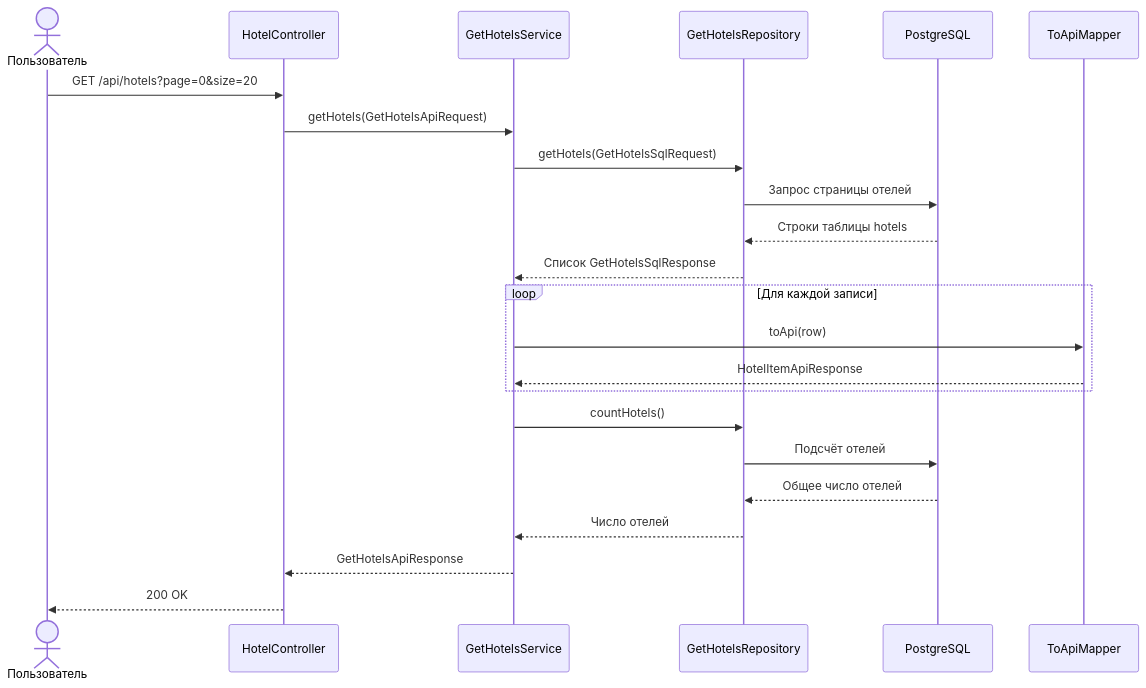
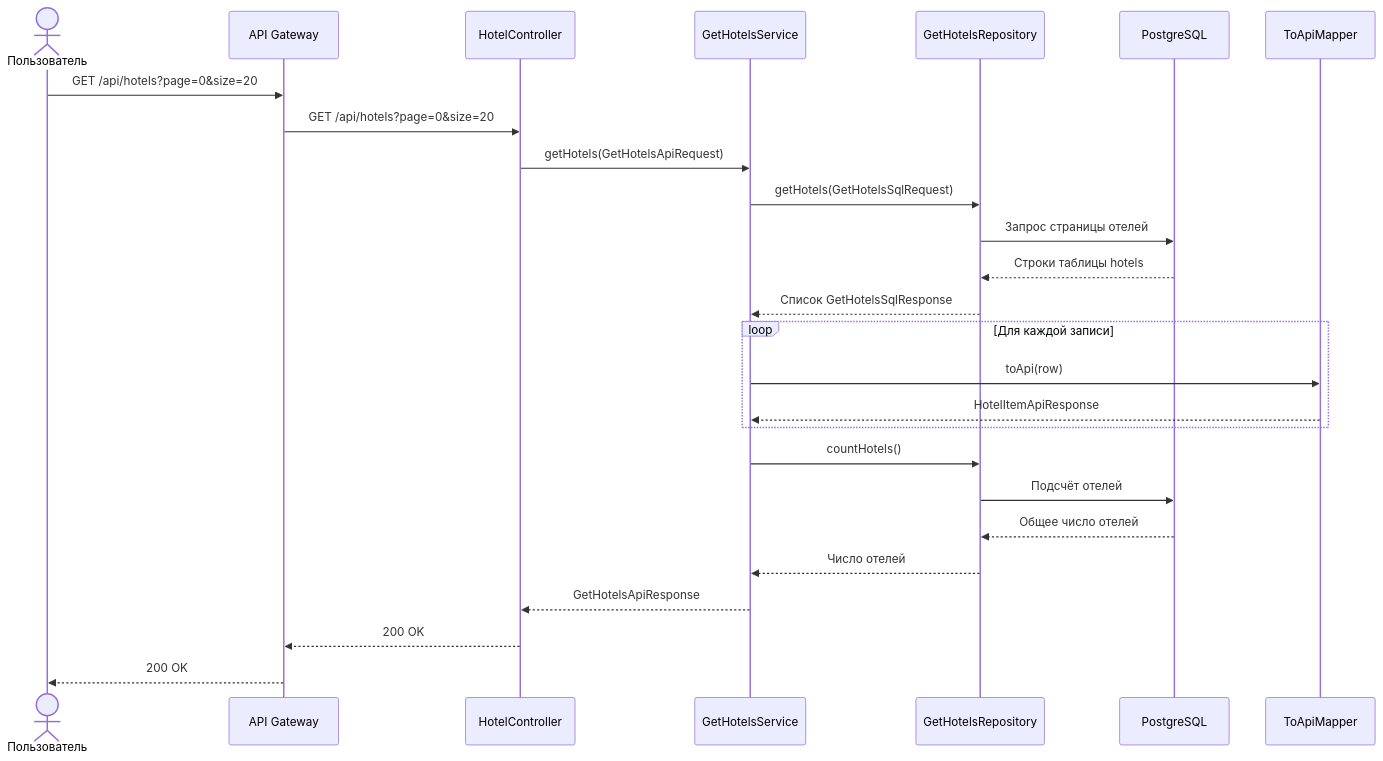
One commit to Dikov-Hotel-Booking-System/hbs-hotel-service changed the diagram in docs/endpoints/get_hotels.md. Above: the diagram before and after it, drawn with Mermaid. The commit also changed other lines of this file and 13 other files, not shown here.

````diff
--- a/docs/endpoints/get_hotels.md
+++ b/docs/endpoints/get_hotels.md
@@ -79,25 +75,28 @@
 ```mermaid
 sequenceDiagram
     actor User as Пользователь
+    participant Gateway as API Gateway
     participant API as HotelController
     participant Service as GetHotelsService
     participant Repository as GetHotelsRepository
     participant DB as PostgreSQL
     participant Mapper as ToApiMapper
-    User ->> API: GET /api/hotels?page=0&size=20
+    User ->> Gateway: GET /api/hotels?page=0&size=20
+    Gateway ->> API: GET /api/hotels?page=0&size=20
     API ->> Service: getHotels(GetHotelsApiRequest)
     Service ->> Repository: getHotels(GetHotelsSqlRequest)
     Repository ->> DB: Запрос страницы отелей
     DB -->> Repository: Строки таблицы hotels
     Repository -->> Service: Список GetHotelsSqlResponse
     loop Для каждой записи
         Service ->> Mapper: toApi(row)
         Mapper -->> Service: HotelItemApiResponse
     end
     Service ->> Repository: countHotels()
     Repository ->> DB: Подсчёт отелей
     DB -->> Repository: Общее число отелей
     Repository -->> Service: Число отелей
     Service -->> API: GetHotelsApiResponse
-    API -->> User: 200 OK
+    API -->> Gateway: 200 OK
+    Gateway -->> User: 200 OK
 ```
````
